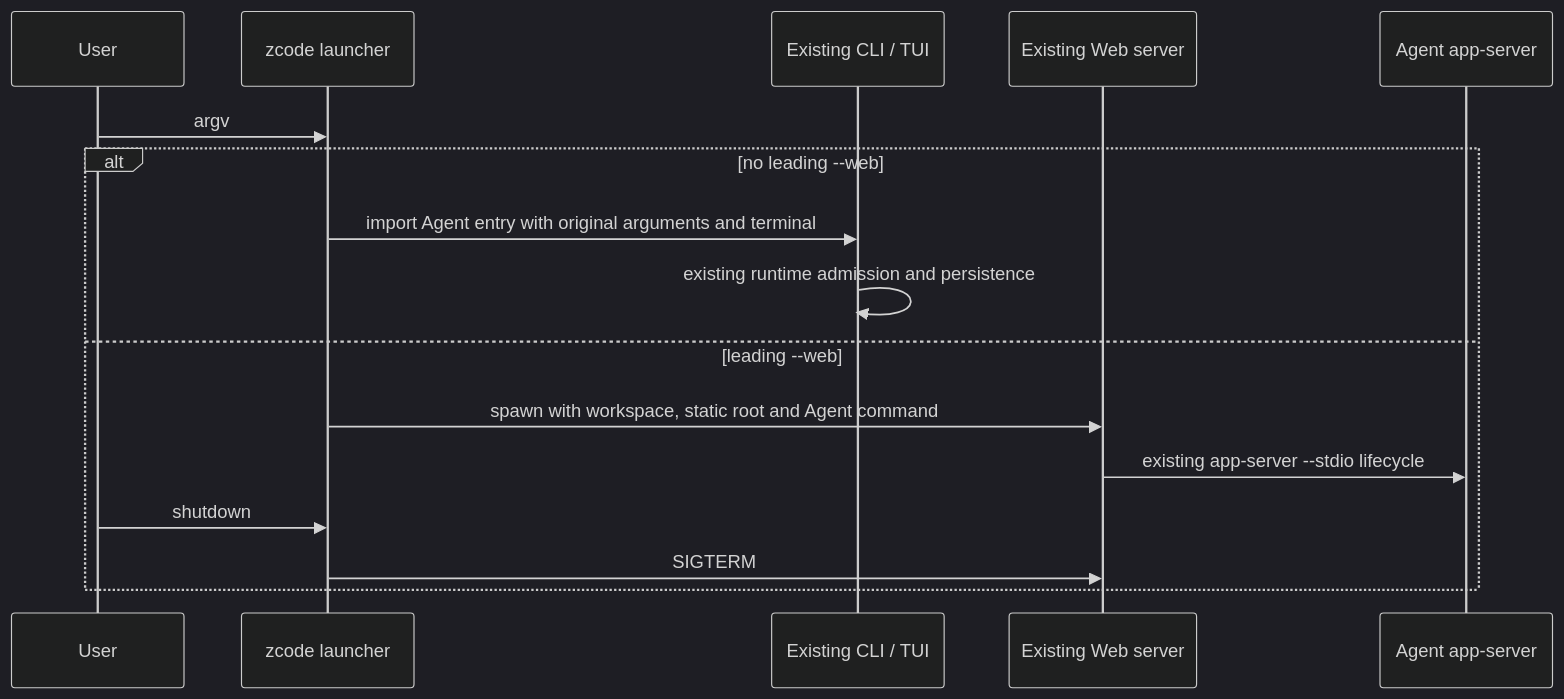
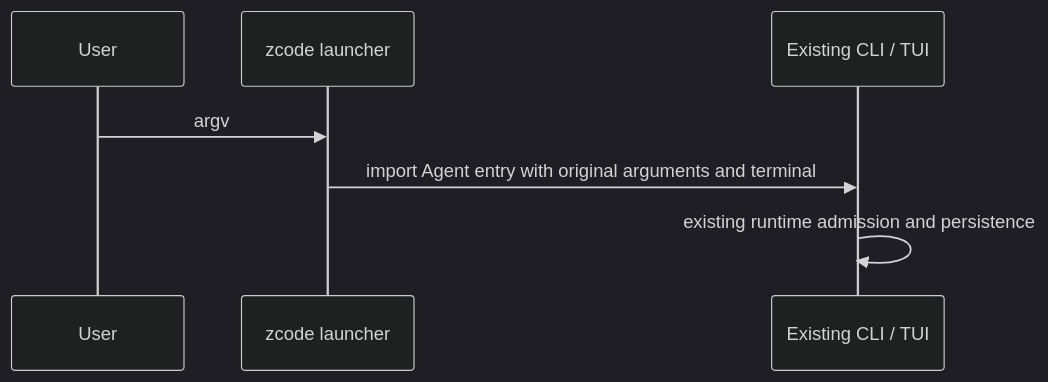
The diagram in specs/zcode-unified-distribution.md (ShiZiMiao/RaspberryCode), drawn with Mermaid (dark theme) before and after one commit. The commit also changed other lines of this file and 11 other files, not shown here.

First line of the commit message:
feat(cli)!: zcode --web 浏览器形态正式下线

````diff
--- a/specs/zcode-unified-distribution.md
+++ b/specs/zcode-unified-distribution.md
@@ -20,18 +19,9 @@
 ```mermaid
 sequenceDiagram
     participant User
     participant Launcher as zcode launcher
     participant CLI as Existing CLI / TUI
-    participant Server as Existing Web server
-    participant Agent as Agent app-server
     User->>Launcher: argv
-    alt no leading --web
-        Launcher->>CLI: import Agent entry with original arguments and terminal
-        CLI->>CLI: existing runtime admission and persistence
-    else leading --web
-        Launcher->>Server: spawn with workspace, static root and Agent command
-        Server->>Agent: existing app-server --stdio lifecycle
-        User->>Launcher: shutdown
-        Launcher->>Server: SIGTERM
-    end
+    Launcher->>CLI: import Agent entry with original arguments and terminal
+    CLI->>CLI: existing runtime admission and persistence
 ```
````
